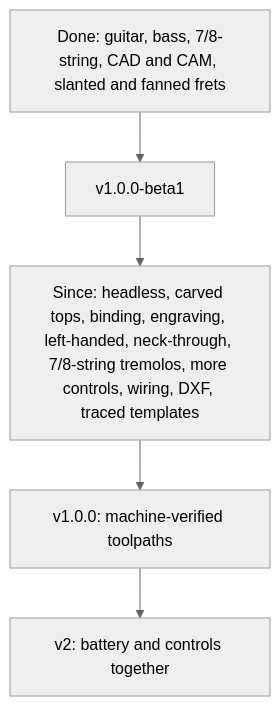
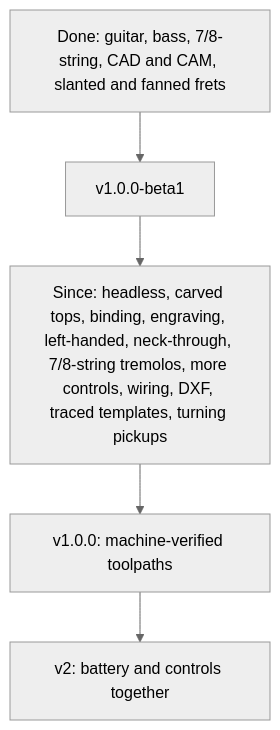
Before and after one commit to jolappi/CNCguitarwizard: the diagram in ROADMAP.md, drawn with Mermaid (neutral theme). The commit also changed other lines of this file and 10 other files, not shown here.

````diff
--- a/ROADMAP.md
+++ b/ROADMAP.md
@@ -96,7 +94,7 @@
 ```mermaid
 flowchart TD
     Done["Done: guitar, bass, 7/8-string, CAD and CAM, slanted and fanned frets"] --> Beta["v1.0.0-beta1"]
-    Beta --> More["Since: headless, carved tops, binding, engraving, left-handed, neck-through, 7/8-string tremolos, more controls, wiring, DXF, traced templates"]
+    Beta --> More["Since: headless, carved tops, binding, engraving, left-handed, neck-through, 7/8-string tremolos, more controls, wiring, DXF, traced templates, turning pickups"]
     More --> V1["v1.0.0: machine-verified toolpaths"]
     V1 --> V2["v2: battery and controls together"]
 ```
````
